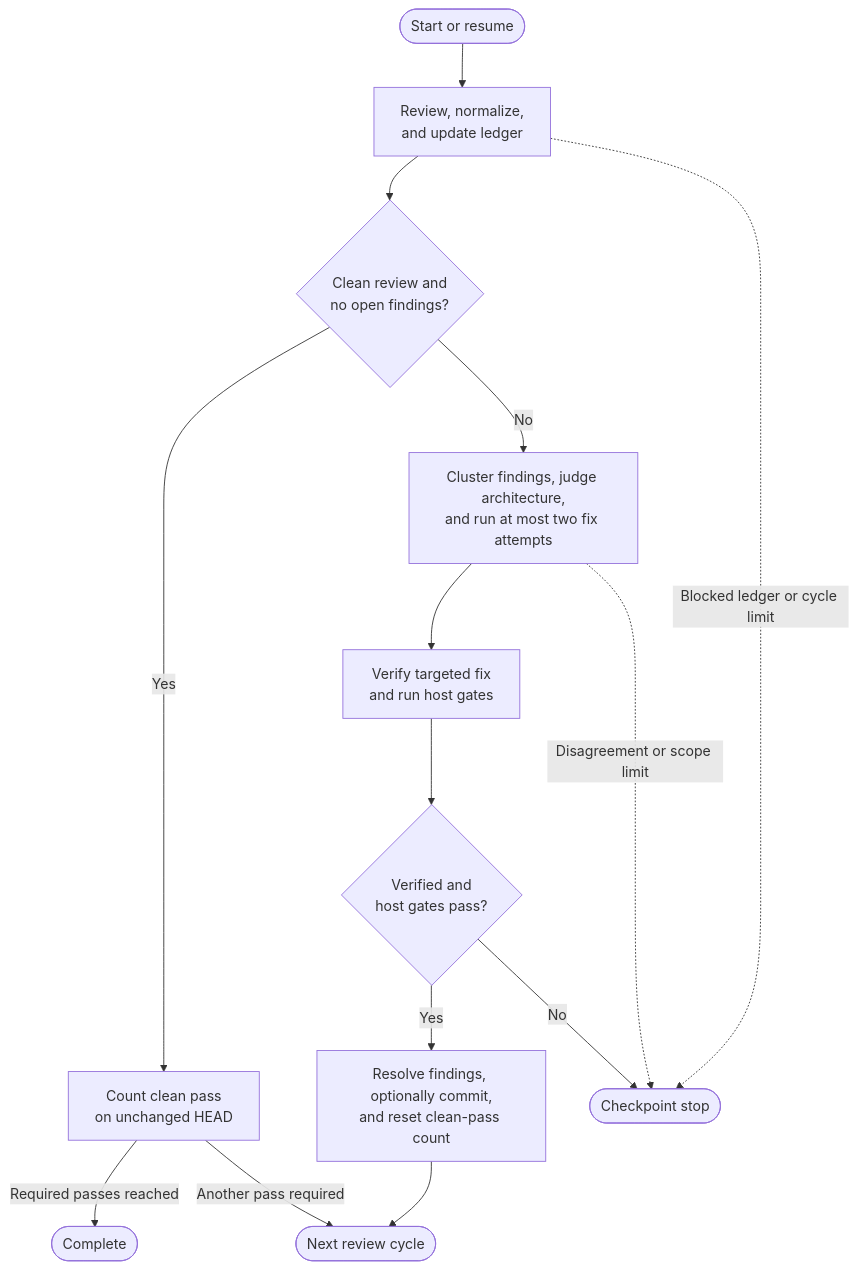
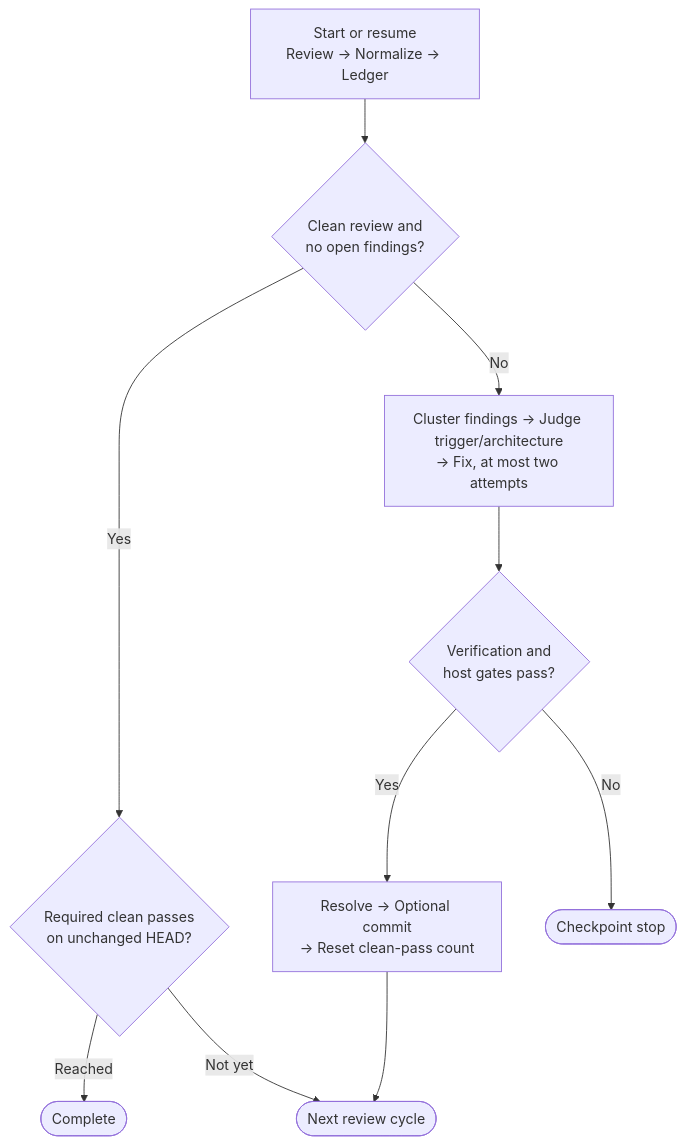
The diagram in README.md (InnerLive/CodexReviewLoop), drawn with Mermaid before and after one commit. The commit also changed other lines of this file, not shown here.

Commit message:
Condense diagram into review phases

````diff
--- a/README.md
+++ b/README.md
@@ -53,19 +53,14 @@
 ```mermaid
 flowchart TD
-    start([Start or resume]) --> review["Review, normalize,<br/>and update ledger"]
-    review --> clean{"Clean review and<br/>no open findings?"}
+    review["Start or resume<br/>Review → Normalize → Ledger"] --> clean{"Clean review and<br/>no open findings?"}
 
-    clean -- Yes --> passes["Count clean pass<br/>on unchanged HEAD"]
-    passes -- Required passes reached --> done([Complete])
-    passes -- Another pass required --> next([Next review cycle])
+    clean -- Yes --> passes{"Required clean passes<br/>on unchanged HEAD?"}
+    passes -- Reached --> done([Complete])
+    passes -- Not yet --> next([Next review cycle])
 
-    clean -- No --> remediate["Cluster findings, judge architecture,<br/>and run at most two fix attempts"]
-    remediate --> fix["Verify targeted fix<br/>and run host gates"]
-    fix --> verify{"Verified and<br/>host gates pass?"}
-    verify -- Yes --> resolve["Resolve findings, optionally commit,<br/>and reset clean-pass count"]
+    clean -- No --> remediate["Cluster findings → Judge trigger/architecture<br/>→ Fix, at most two attempts"]
+    remediate --> verify{"Verification and<br/>host gates pass?"}
+    verify -- Yes --> resolve["Resolve → Optional commit<br/>→ Reset clean-pass count"]
     resolve --> next
     verify -- No --> stop([Checkpoint stop])
-
-    review -. Blocked ledger or cycle limit .-> stop
-    remediate -. Disagreement or scope limit .-> stop
 ```
````
